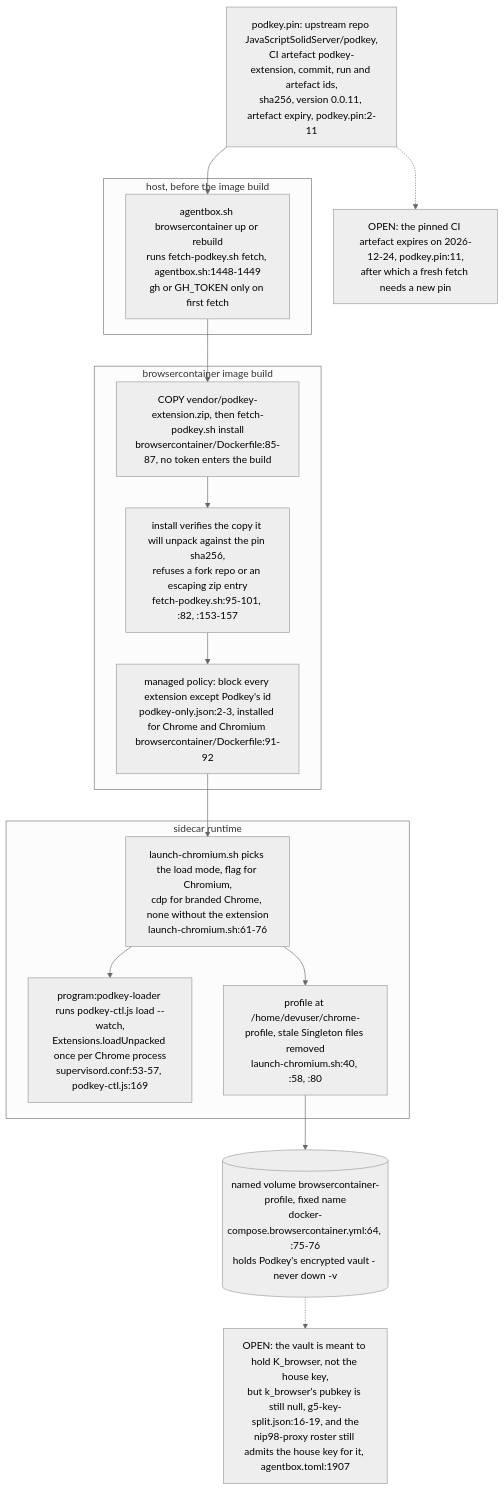
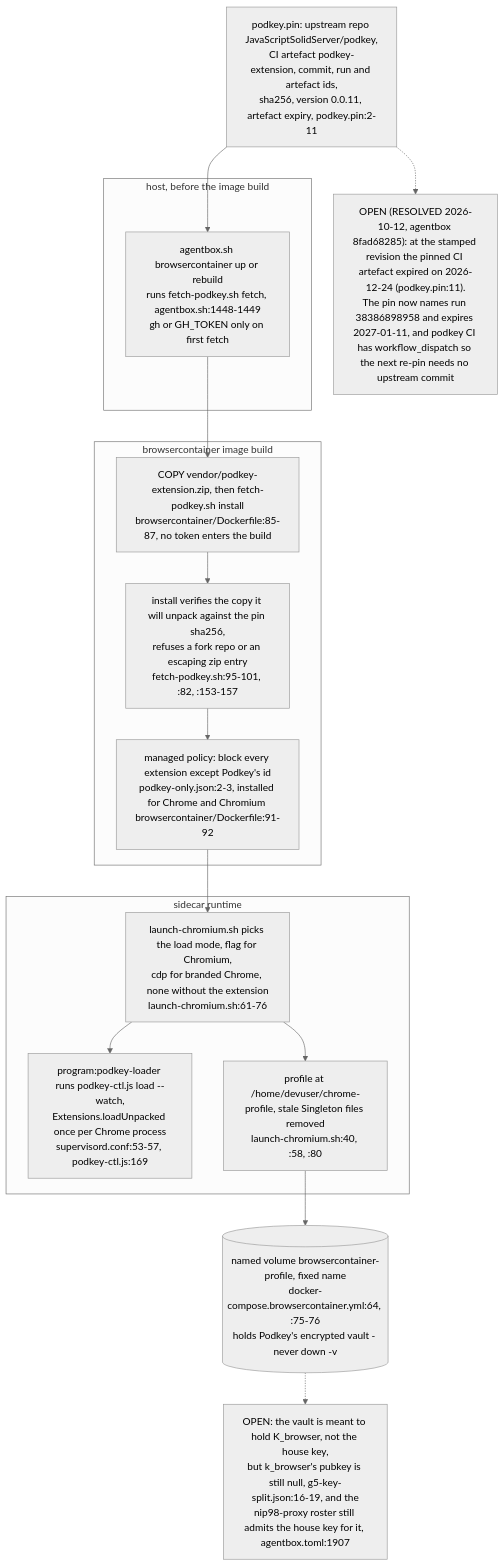
Diagram 12 of 13 in docs/diagrams/agentbox/06-sidecars-and-compose-overlays.md (DreamLab-AI/VisionFlow), drawn with Mermaid (neutral theme) before and after one commit.

Commit message:
docs(diagrams): the Podkey pin expiry is resolved

````diff
--- a/docs/diagrams/agentbox/06-sidecars-and-compose-overlays.md
+++ b/docs/diagrams/agentbox/06-sidecars-and-compose-overlays.md
@@ -343,22 +343,22 @@
 ```mermaid
 flowchart TB
     PIN["podkey.pin: upstream repo JavaScriptSolidServer/podkey,<br/>CI artefact podkey-extension, commit, run and artefact ids,<br/>sha256, version 0.0.11, artefact expiry, podkey.pin:2-11"]
     subgraph HOST["host, before the image build"]
         F1["agentbox.sh browsercontainer up or rebuild<br/>runs fetch-podkey.sh fetch, agentbox.sh:1448-1449<br/>gh or GH_TOKEN only on first fetch"]
     end
     subgraph IMG["browsercontainer image build"]
         D1["COPY vendor/podkey-extension.zip, then fetch-podkey.sh install<br/>browsercontainer/Dockerfile:85-87, no token enters the build"]
         D2["install verifies the copy it will unpack against the pin sha256,<br/>refuses a fork repo or an escaping zip entry<br/>fetch-podkey.sh:95-101, :82, :153-157"]
         D3["managed policy: block every extension except Podkey's id<br/>podkey-only.json:2-3, installed for Chrome and Chromium browsercontainer/Dockerfile:91-92"]
     end
     subgraph RUN["sidecar runtime"]
         L1["launch-chromium.sh picks the load mode, flag for Chromium,<br/>cdp for branded Chrome, none without the extension<br/>launch-chromium.sh:61-76"]
         L2["program:podkey-loader runs podkey-ctl.js load --watch,<br/>Extensions.loadUnpacked once per Chrome process<br/>supervisord.conf:53-57, podkey-ctl.js:169"]
         L3["profile at /home/devuser/chrome-profile, stale Singleton files removed<br/>launch-chromium.sh:40, :58, :80"]
     end
     VOL[("named volume browsercontainer-profile, fixed name<br/>docker-compose.browsercontainer.yml:64, :75-76<br/>holds Podkey's encrypted vault - never down -v")]
     PIN --> F1 --> D1 --> D2 --> D3 --> L1 --> L2
     L1 --> L3 --> VOL
     VOL -.-> OPEN1["OPEN: the vault is meant to hold K_browser, not the house key,<br/>but k_browser's pubkey is still null, g5-key-split.json:16-19, and the<br/>nip98-proxy roster still admits the house key for it, agentbox.toml:1907"]
-    PIN -.-> OPEN2["OPEN: the pinned CI artefact expires on 2026-12-24, podkey.pin:11,<br/>after which a fresh fetch needs a new pin"]
+    PIN -.-> OPEN2["OPEN (RESOLVED 2026-10-12, agentbox 8fad68285): at the stamped revision the pinned CI artefact expired on 2026-12-24 (podkey.pin:11).<br/>The pin now names run 38386898958 and expires 2027-01-11, and podkey CI has workflow_dispatch so the next re-pin needs no upstream commit"]
 ```
````
